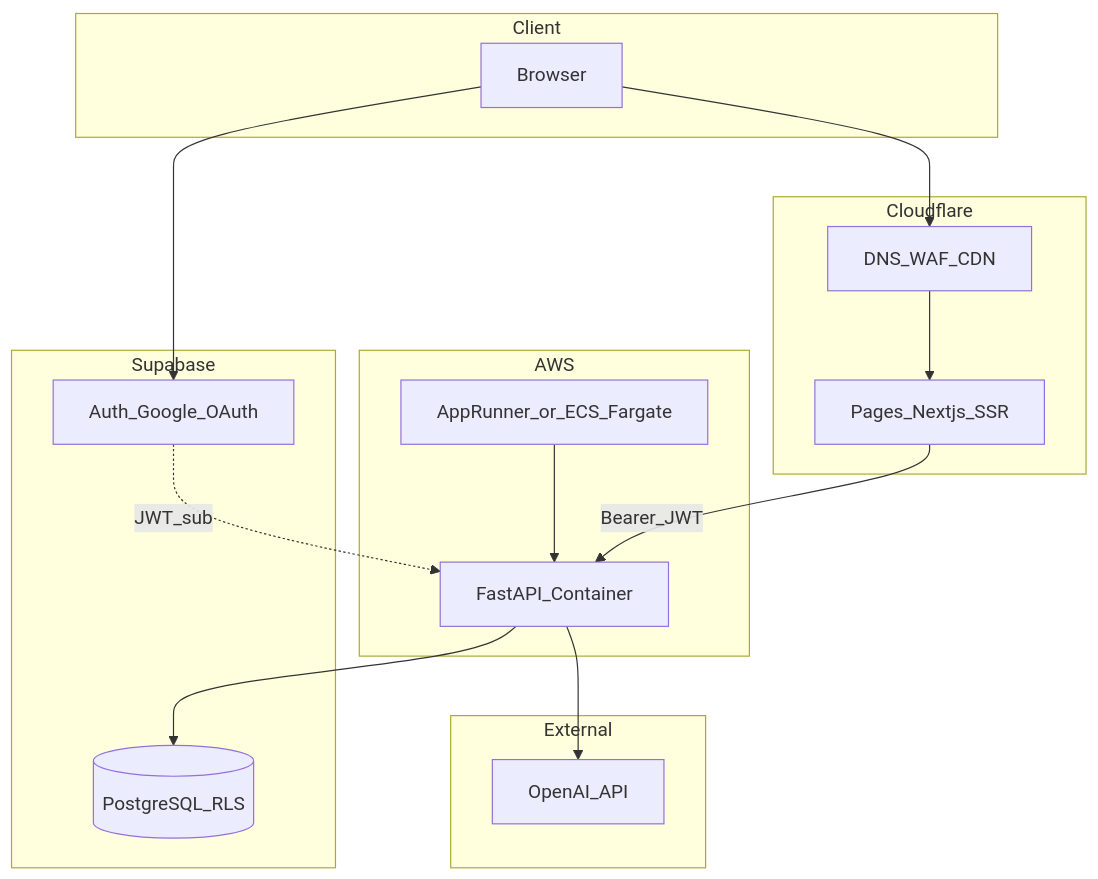
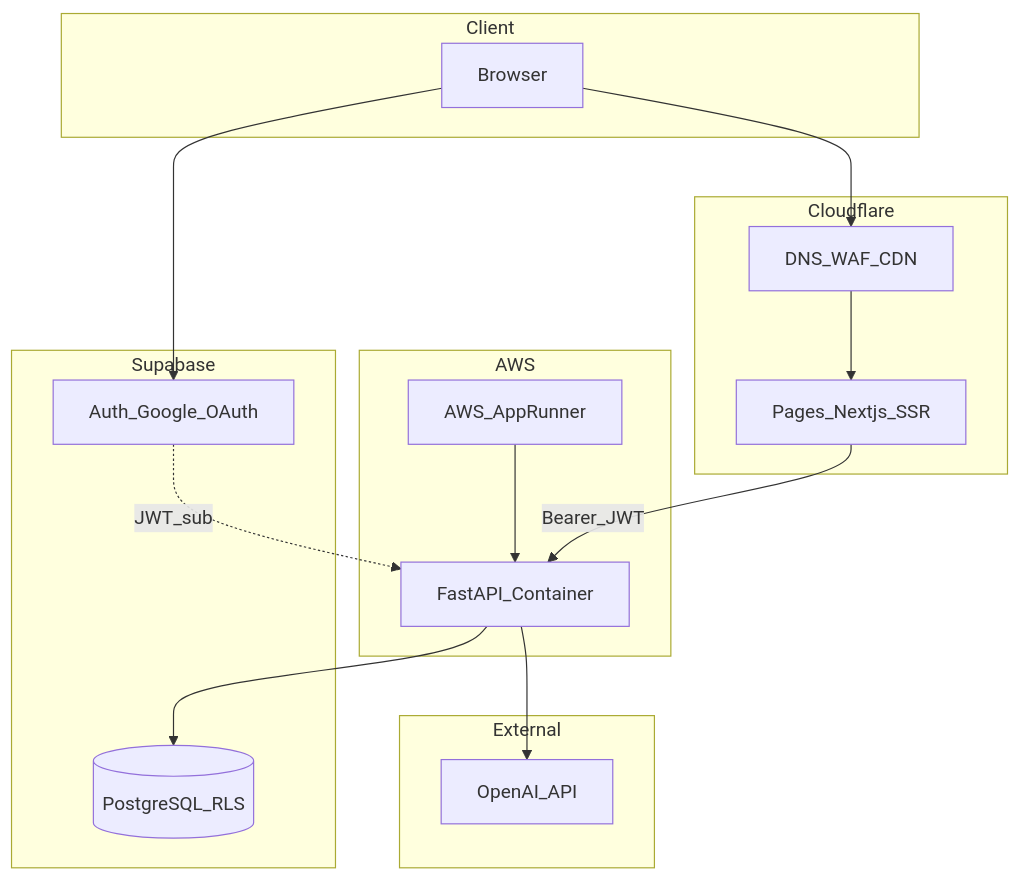
Before and after one commit to purplemurasaki/goal-ai-agent: the first of 2 diagrams in design/tech-stack.md, drawn with Mermaid. The commit also changed other lines of this file and 1 other file, not shown here.

Commit message:
docs: App Runner前提に設計書を統一

````diff
--- a/design/tech-stack.md
+++ b/design/tech-stack.md
@@ -38,29 +38,29 @@
 ```mermaid
 flowchart TB
   subgraph client [Client]
     Browser[Browser]
   end
   subgraph cf [Cloudflare]
     Pages[Pages_Nextjs_SSR]
     DNS[DNS_WAF_CDN]
   end
   subgraph aws [AWS]
-    APIHost[AppRunner_or_ECS_Fargate]
+    AppRunner[AWS_AppRunner]
     FastAPI[FastAPI_Container]
-    APIHost --> FastAPI
+    AppRunner --> FastAPI
   end
   subgraph supa [Supabase]
     Auth[Auth_Google_OAuth]
     PG[(PostgreSQL_RLS)]
   end
   subgraph ai [External]
     OpenAI[OpenAI_API]
   end
   Browser --> DNS
   DNS --> Pages
   Browser --> Auth
   Pages -->|"Bearer_JWT"| FastAPI
   FastAPI --> PG
   FastAPI --> OpenAI
   Auth -.->|JWT_sub| FastAPI
 ```
````
